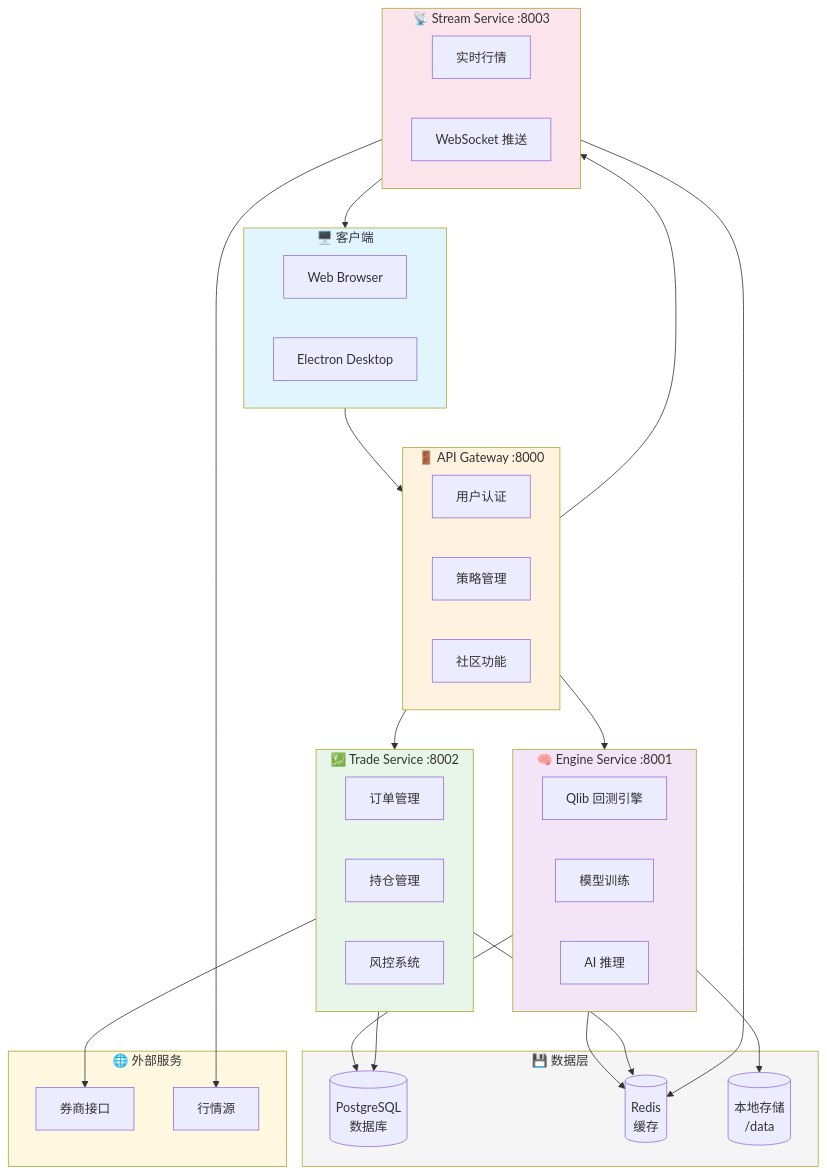
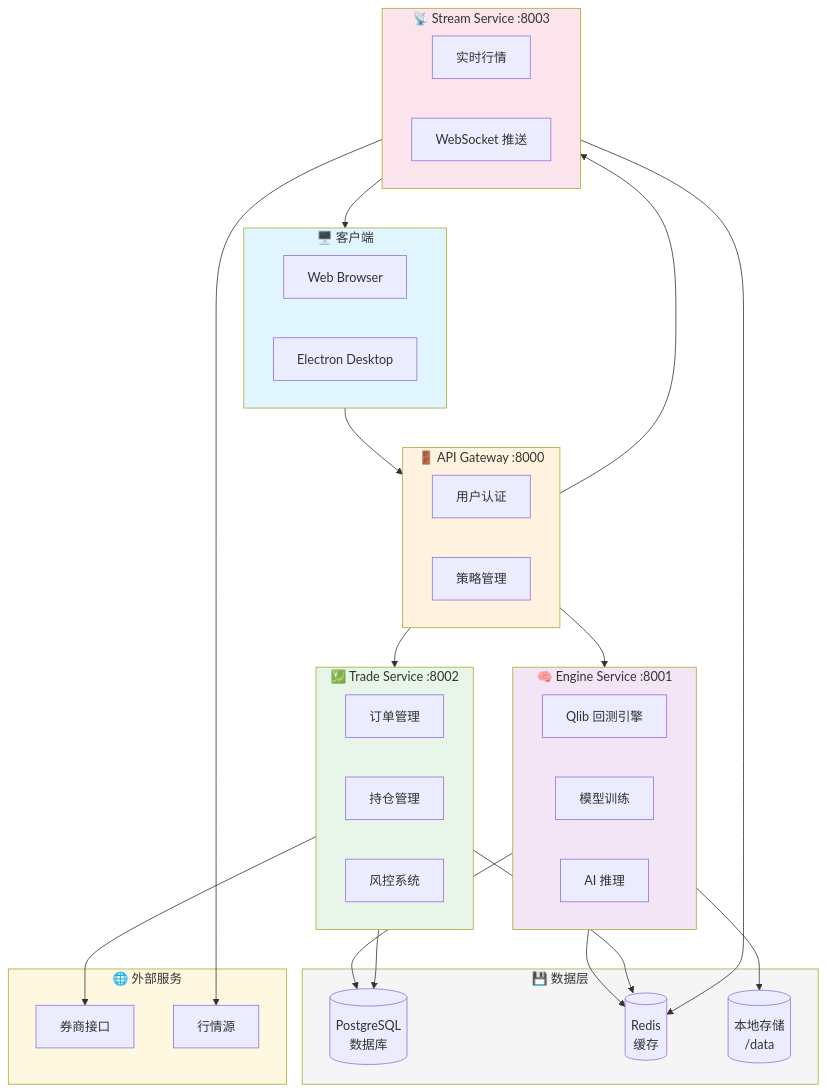
One commit to orut34iop/QuantMind changed the second of 2 diagrams in README.md. Above: the diagram before and after it, drawn with Mermaid.

Commit message:
docs: remove community from architecture diagram

````diff
--- a/README.md
+++ b/README.md
@@ -223,66 +223,65 @@
 ```mermaid
 flowchart TB
     subgraph Client["🖥️ 客户端"]
         Web["Web Browser"]
         Desktop["Electron Desktop"]
     end
 
     subgraph Gateway["🚪 API Gateway :8000"]
         Auth["用户认证"]
         Strategy["策略管理"]
-        Community["社区功能"]
     end
 
     subgraph Engine["🧠 Engine Service :8001"]
         Qlib["Qlib 回测引擎"]
         Training["模型训练"]
         Inference["AI 推理"]
     end
 
     subgraph Trade["💹 Trade Service :8002"]
         Order["订单管理"]
         Position["持仓管理"]
         Risk["风控系统"]
     end
 
     subgraph Stream["📡 Stream Service :8003"]
         Quote["实时行情"]
         WS["WebSocket 推送"]
     end
 
     subgraph Storage["💾 数据层"]
         PG[("PostgreSQL<br/>数据库")]
         Redis[("Redis<br/>缓存")]
         Local[("本地存储<br/>/data")]
     end
 
     subgraph External["🌐 外部服务"]
         Broker["券商接口"]
         Market["行情源"]
     end
 
     Client --> Gateway
     Gateway --> Engine
     Gateway --> Trade
     Gateway --> Stream
 
     Engine --> PG
     Engine --> Redis
     Engine --> Local
 
     Trade --> PG
     Trade --> Redis
     Trade --> Broker
 
     Stream --> Redis
     Stream --> Market
     Stream --> Client
 
     style Client fill:#e1f5fe
     style Gateway fill:#fff3e0
     style Engine fill:#f3e5f5
     style Trade fill:#e8f5e9
     style Stream fill:#fce4ec
     style Storage fill:#f5f5f5
     style External fill:#fff8e1
 ```
````
